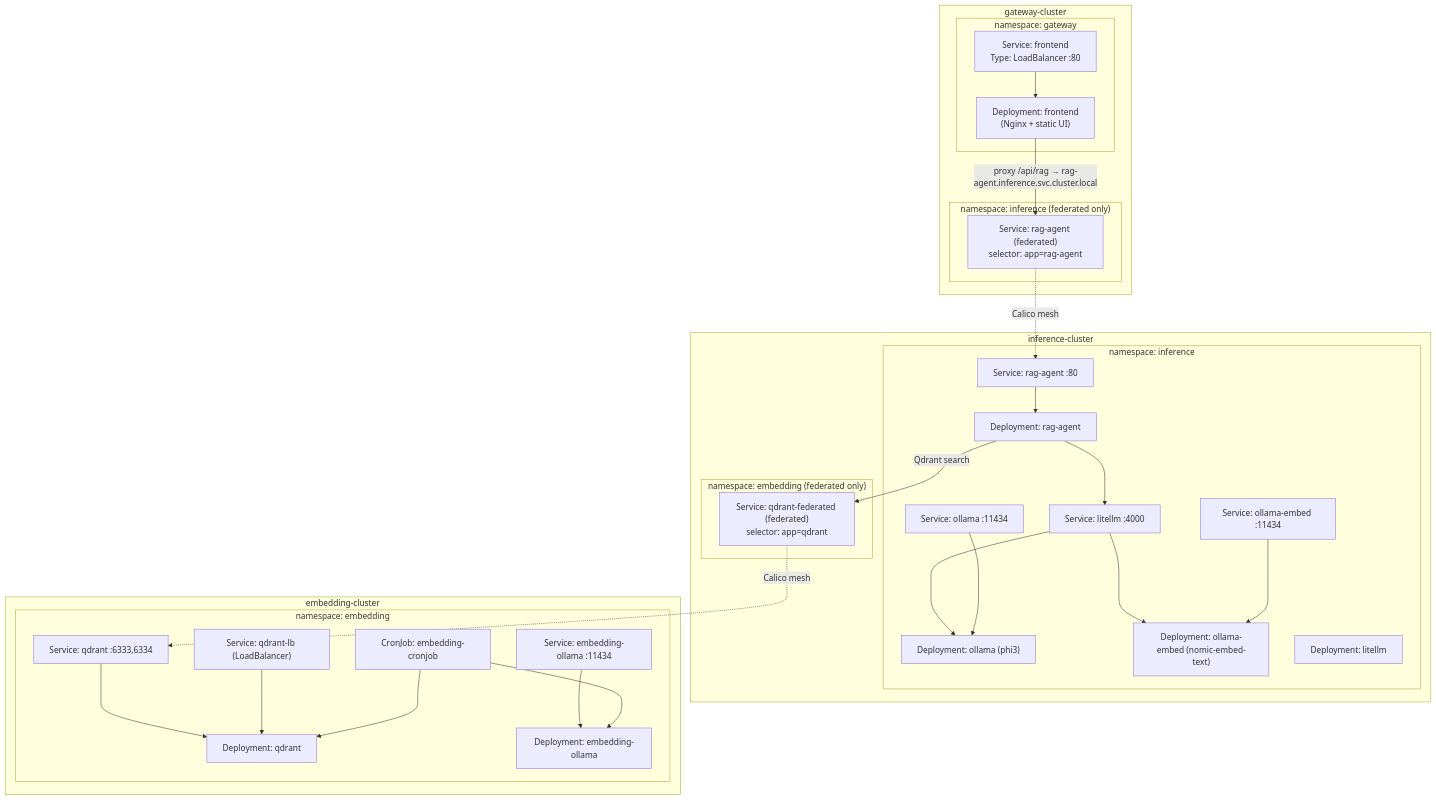
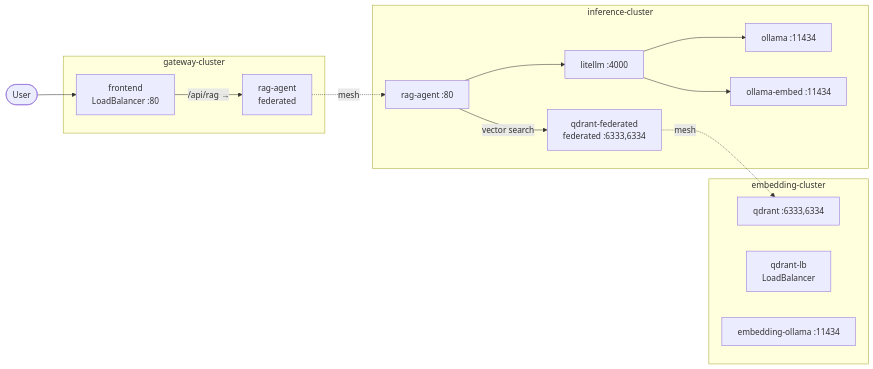
Before and after one commit to aadhilam/k8s-multi-cluster-rag: the diagram in rag-setup/RAG-SETUP-OVERVIEW.md, drawn with Mermaid. The commit also changed other lines of this file, not shown here.

Commit message:
Refactor architecture diagram in RAG-SETUP-OVERVIEW.md to improve clarity and structure. Simplify service representation and enhance cross-cluster interaction details, ensuring better understanding of the RAG application setup across AKS clusters.

````diff
--- a/rag-setup/RAG-SETUP-OVERVIEW.md
+++ b/rag-setup/RAG-SETUP-OVERVIEW.md
@@ -15,56 +17,32 @@
 ```mermaid
-flowchart TB
+flowchart LR
+  User([User])
+
   subgraph Gateway["gateway-cluster"]
-    subgraph ns_gw["namespace: gateway"]
-      Frontend["Deployment: frontend<br/>(Nginx + static UI)"]
-      SvcFrontend["Service: frontend<br/>Type: LoadBalancer :80"]
-    end
-    subgraph ns_inf_fed["namespace: inference (federated only)"]
-      SvcRagFed["Service: rag-agent (federated)<br/>selector: app=rag-agent"]
-    end
-    SvcFrontend --> Frontend
-    Frontend -->|"proxy /api/rag → rag-agent.inference.svc.cluster.local"| SvcRagFed
+    frontend["frontend<br/>LoadBalancer :80"]
+    rag_fed["rag-agent<br/>federated"]
   end
 
   subgraph Inference["inference-cluster"]
-    subgraph ns_inf["namespace: inference"]
-      Ollama["Deployment: ollama (phi3)"]
-      OllamaEmbed["Deployment: ollama-embed (nomic-embed-text)"]
-      LiteLLM["Deployment: litellm"]
-      RagAgent["Deployment: rag-agent"]
-      SvcOllama["Service: ollama :11434"]
-      SvcOllamaEmbed["Service: ollama-embed :11434"]
-      SvcLiteLLM["Service: litellm :4000"]
-      SvcRag["Service: rag-agent :80"]
-    end
-    subgraph ns_emb_fed["namespace: embedding (federated only)"]
-      SvcQdrantFed["Service: qdrant-federated (federated)<br/>selector: app=qdrant"]
-    end
-    SvcRag --> RagAgent
-    RagAgent --> SvcLiteLLM
-    RagAgent -->|"Qdrant search"| SvcQdrantFed
-    SvcLiteLLM --> Ollama
-    SvcLiteLLM --> OllamaEmbed
-    SvcOllama --> Ollama
-    SvcOllamaEmbed --> OllamaEmbed
+    rag["rag-agent :80"]
+    litellm["litellm :4000"]
+    ollama["ollama :11434"]
+    ollama_embed["ollama-embed :11434"]
+    qdrant_fed["qdrant-federated<br/>federated :6333,6334"]
   end
 
   subgraph Embedding["embedding-cluster"]
-    subgraph ns_emb["namespace: embedding"]
-      Qdrant["Deployment: qdrant"]
-      EmbedOllama["Deployment: embedding-ollama"]
-      CronJob["CronJob: embedding-cronjob"]
-      SvcQdrant["Service: qdrant :6333,6334"]
-      SvcEmbedOllama["Service: embedding-ollama :11434"]
-      SvcQdrantLB["Service: qdrant-lb (LoadBalancer)"]
-    end
-    SvcQdrant --> Qdrant
-    SvcQdrantLB --> Qdrant
-    SvcEmbedOllama --> EmbedOllama
-    CronJob --> EmbedOllama
-    CronJob --> Qdrant
+    qdrant["qdrant :6333,6334"]
+    qdrant_lb["qdrant-lb<br/>LoadBalancer"]
+    embed_ollama["embedding-ollama :11434"]
   end
 
-  SvcRagFed -.->|"Calico mesh"| SvcRag
-  SvcQdrantFed -.->|"Calico mesh"| SvcQdrant
+  User --> frontend
+  frontend -->|"/api/rag →"| rag_fed
+  rag_fed -.->|mesh| rag
+  rag --> litellm
+  rag -->|vector search| qdrant_fed
+  litellm --> ollama
+  litellm --> ollama_embed
+  qdrant_fed -.->|mesh| qdrant
 ```
````
